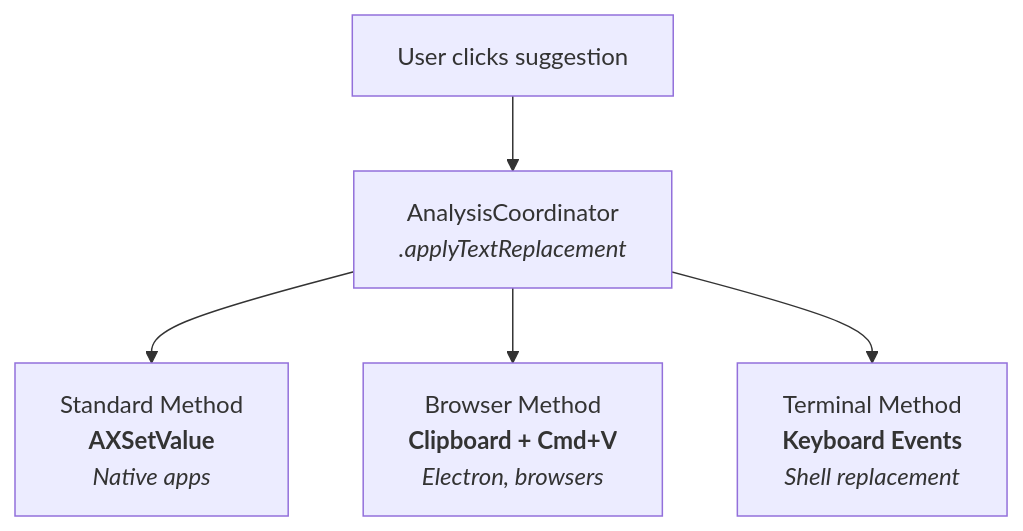
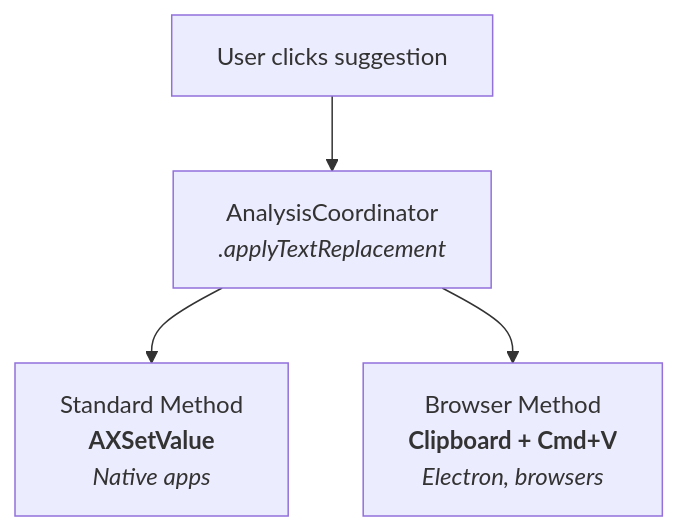
Before and after one commit to PhilipSchmid/textwarden: the fourth of 4 diagrams in ARCHITECTURE.md, drawn with Mermaid. The commit also changed other lines of this file and 12 other files, not shown here.

````diff
--- a/ARCHITECTURE.md
+++ b/ARCHITECTURE.md
@@ -340,12 +338,11 @@
 ```mermaid
 flowchart TB
     User["User clicks suggestion"] --> AC
 
     AC["AnalysisCoordinator<br/><i>.applyTextReplacement</i>"]
 
-    AC --> Standard & Browser & Terminal
+    AC --> Standard & Browser
 
     Standard["Standard Method<br/><b>AXSetValue</b><br/><i>Native apps</i>"]
     Browser["Browser Method<br/><b>Clipboard + Cmd+V</b><br/><i>Electron, browsers</i>"]
-    Terminal["Terminal Method<br/><b>Keyboard Events</b><br/><i>Shell replacement</i>"]
 ```
````
